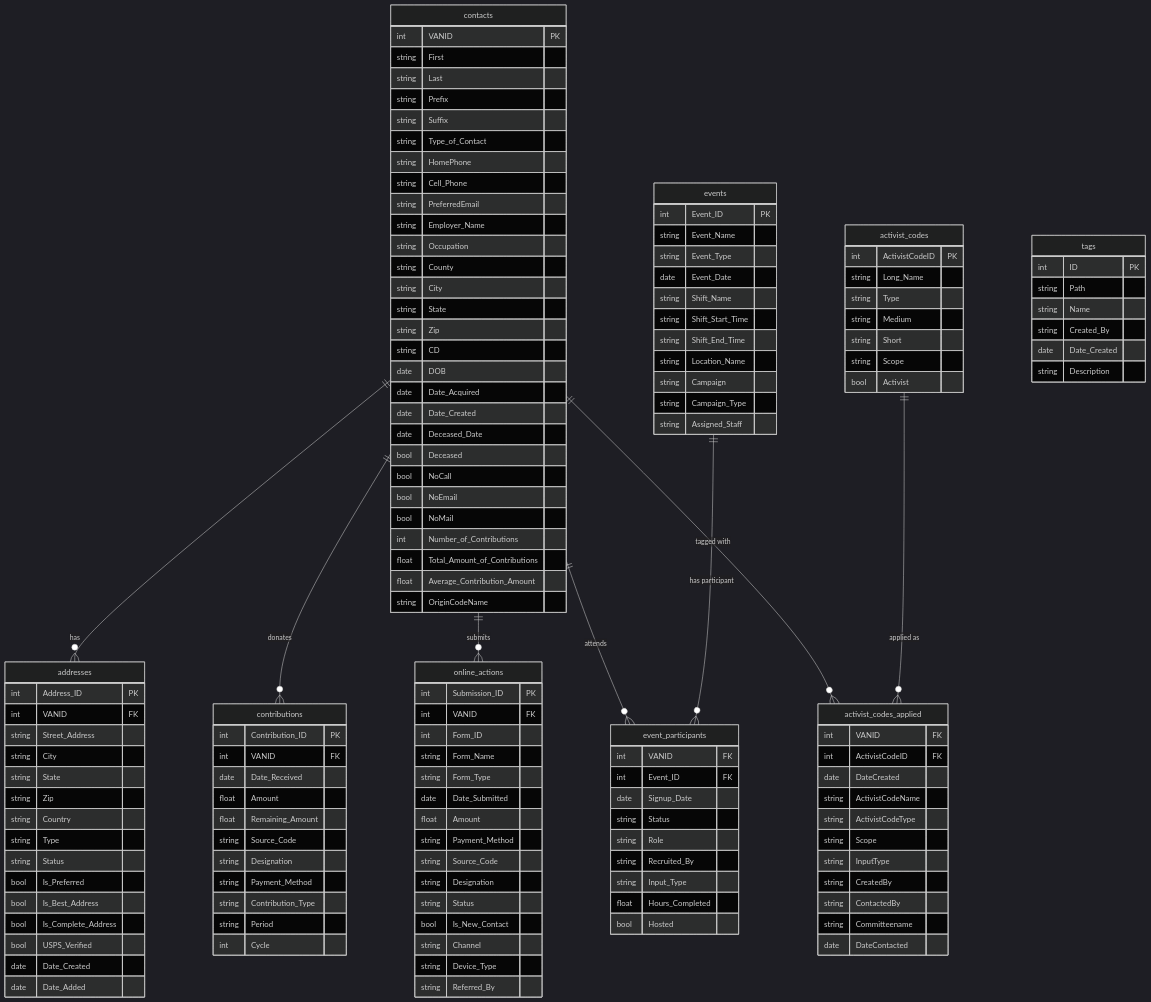
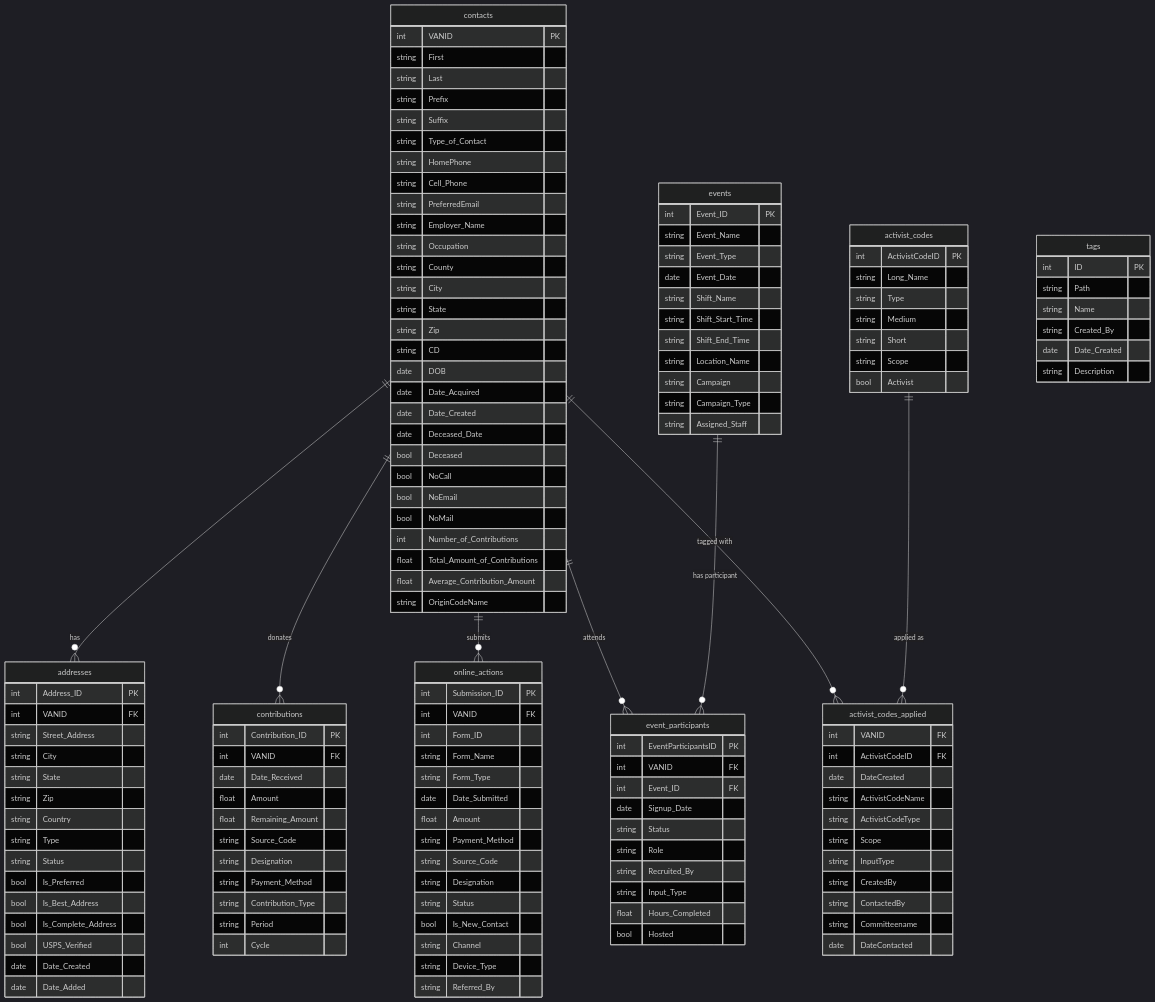
One commit to LiMi686/Works-in-Arizona-List-s-Intern changed the diagram in analysis/er_diagram.md. Above: the diagram before and after it, drawn with Mermaid (dark theme). The commit also changed other lines of this file and 1 other file, not shown here.

```diff
--- a/analysis/er_diagram.md
+++ b/analysis/er_diagram.md
@@ -87,6 +87,7 @@
     }
 
     event_participants {
+        int     EventParticipantsID         PK
         int     VANID                       FK
         int     Event_ID                    FK
         date    Signup_Date
```
